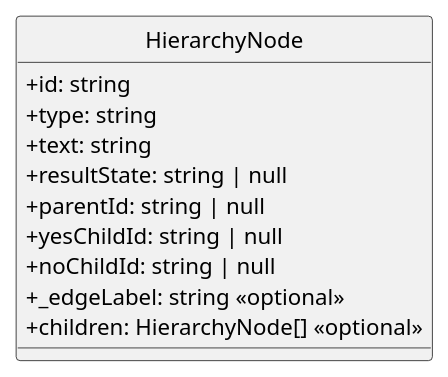
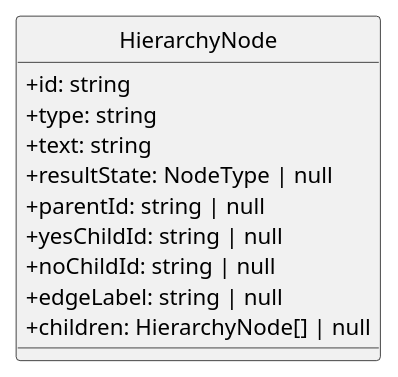
Before and after one commit to GroupRubberDuck/Documentazione: the diagram in src/PB/DocumentazioneEsterna/Specifica_Tecnica/content/05-diagrammi-classi/uml/puml/Frontend/decision-tree/layout/HierarchyNode.puml, drawn with PlantUML. The commit also changed 70 other files, not shown here.

```diff
--- a/src/PB/DocumentazioneEsterna/Specifica_Tecnica/content/05-diagrammi-classi/uml/puml/Frontend/decision-tree/layout/HierarchyNode.puml
+++ b/src/PB/DocumentazioneEsterna/Specifica_Tecnica/content/05-diagrammi-classi/uml/puml/Frontend/decision-tree/layout/HierarchyNode.puml
@@ -1,21 +1,21 @@
 @startuml
 skinparam linetype ortho
 skinparam nodesep 80
 skinparam ranksep 100
 skinparam classAttributeIconSize 0
 skinparam packageStyle rectangle
 skinparam style strictuml
 
 
 class HierarchyNode  {
     + id: string
     + type: string
     + text: string
-    + resultState: string | null
+    + resultState: NodeType | null
     + parentId: string | null
     + yesChildId: string | null
     + noChildId: string | null
-    + _edgeLabel: string <<optional>>
-    + children: HierarchyNode[] <<optional>>
+    + edgeLabel: string | null
+    + children: HierarchyNode[] | null
 }
 @enduml
```
